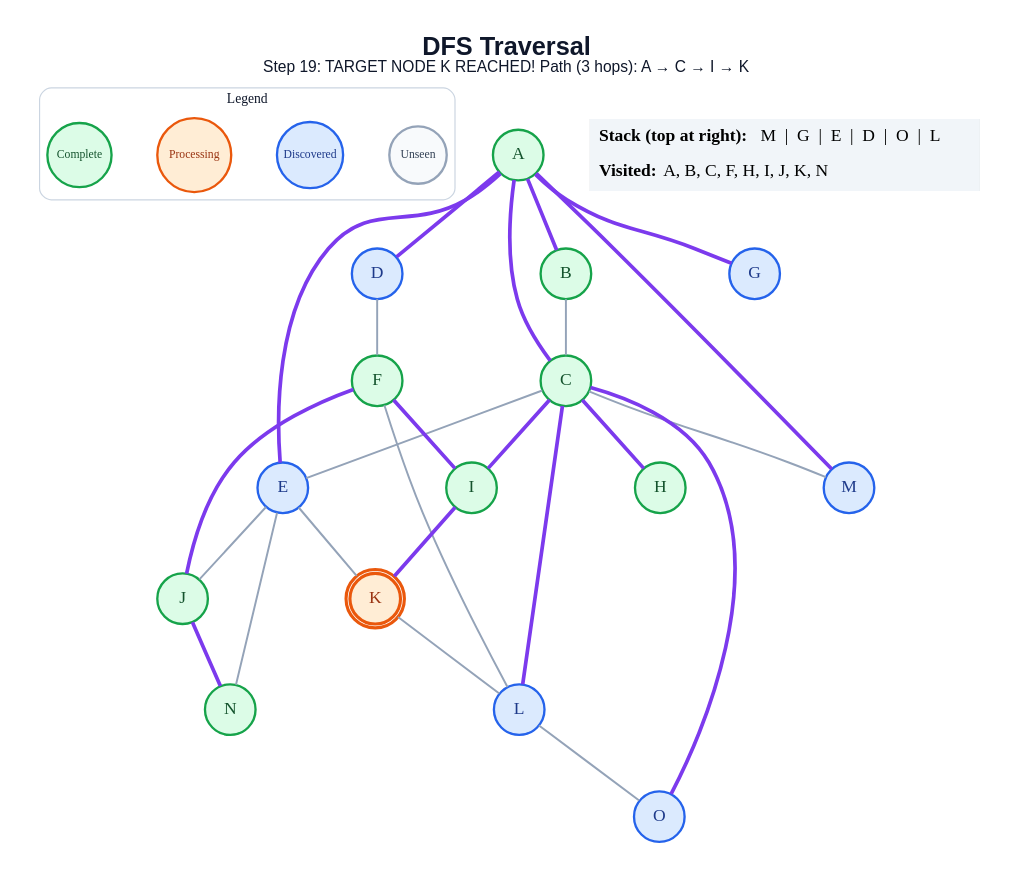
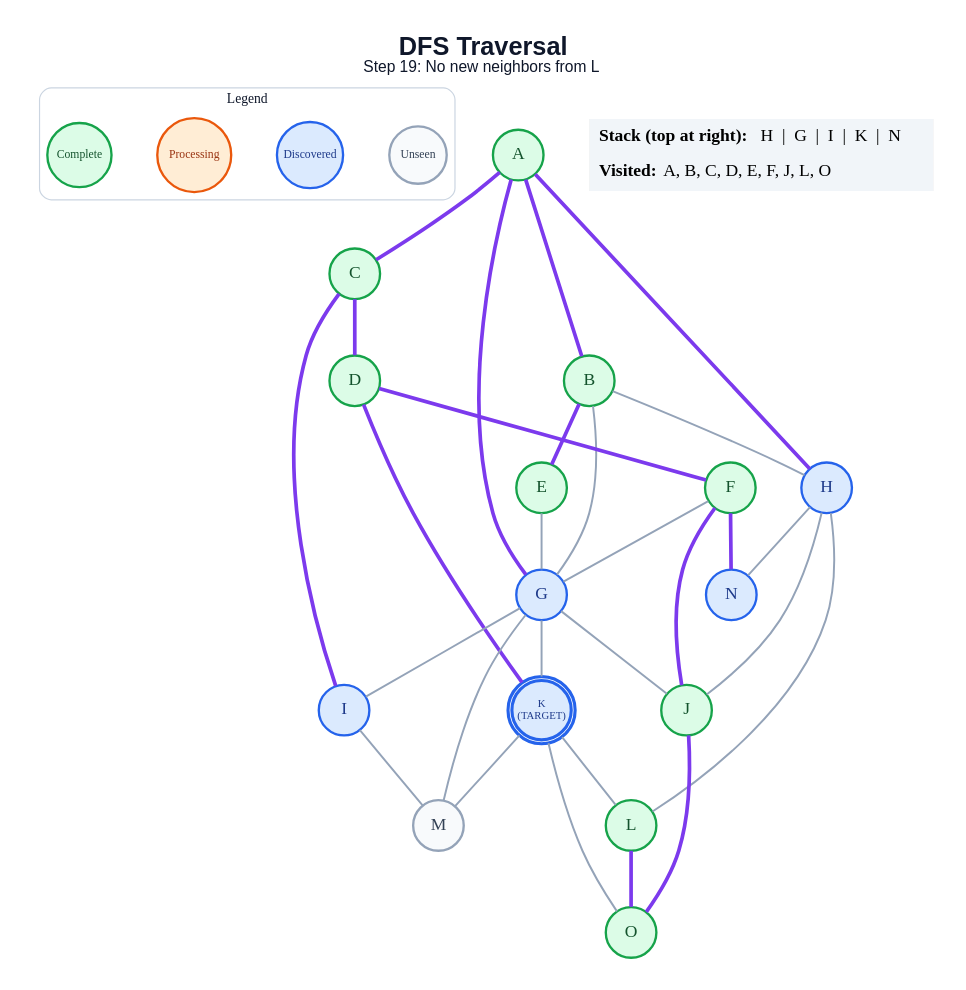
Before and after one commit to anon7238593-create/ai-slop: the diagram in generated/specific-node/dfs/step_19.dot, drawn with Graphviz. The commit also changed 273 other files, not shown here.

```diff
--- a/generated/specific-node/dfs/step_19.dot
+++ b/generated/specific-node/dfs/step_19.dot
@@ -1,58 +1,62 @@
 graph traversal {
   graph [layout=dot, rankdir=TB, bgcolor="#FFFFFF", pad="0.35", nodesep="0.65", ranksep="0.8", fontname="Arial"];
   node [shape=circle, style="filled", fontname="Arial Bold", fontsize=18, width=0.72, fixedsize=true, penwidth=2.4];
   edge [color="#94A3B8", penwidth=2.0];
-  label=<<B>DFS Traversal</B><BR/><FONT POINT-SIZE="16">Step 19: TARGET NODE K REACHED! Path (3 hops): A → C → I → K</FONT>>; labelloc="t"; fontsize=26; fontname="Arial"; fontcolor="#0F172A";
+  label=<<B>DFS Traversal</B><BR/><FONT POINT-SIZE="16">Step 19: No new neighbors from L</FONT>>; labelloc="t"; fontsize=26; fontname="Arial"; fontcolor="#0F172A";
   subgraph cluster_legend { label="Legend"; color="#CBD5E1"; penwidth=1.2; style="rounded"; fontsize=14; fontname="Arial Bold";
     key_unseen [label="Unseen", fillcolor="#F8FAFC", color="#94A3B8", fontcolor="#334155", fontsize=12, width=0.82];
     key_frontier [label="Discovered", fillcolor="#DBEAFE", color="#2563EB", fontcolor="#1E3A8A", fontsize=12, width=0.95];
     key_current [label="Processing", fillcolor="#FFEDD5", color="#EA580C", fontcolor="#9A3412", fontsize=12, width=1.05];
     key_done [label="Complete", fillcolor="#DCFCE7", color="#16A34A", fontcolor="#14532D", fontsize=12, width=0.92];
     { rank=same; key_unseen; key_frontier; key_current; key_done; }
   }
   A [label="A", fillcolor="#DCFCE7", color="#16A34A", fontcolor="#14532D", peripheries=1, penwidth=2.4];
   B [label="B", fillcolor="#DCFCE7", color="#16A34A", fontcolor="#14532D", peripheries=1, penwidth=2.4];
   C [label="C", fillcolor="#DCFCE7", color="#16A34A", fontcolor="#14532D", peripheries=1, penwidth=2.4];
-  D [label="D", fillcolor="#DBEAFE", color="#2563EB", fontcolor="#1E3A8A", peripheries=1, penwidth=2.4];
-  E [label="E", fillcolor="#DBEAFE", color="#2563EB", fontcolor="#1E3A8A", peripheries=1, penwidth=2.4];
+  D [label="D", fillcolor="#DCFCE7", color="#16A34A", fontcolor="#14532D", peripheries=1, penwidth=2.4];
+  E [label="E", fillcolor="#DCFCE7", color="#16A34A", fontcolor="#14532D", peripheries=1, penwidth=2.4];
   F [label="F", fillcolor="#DCFCE7", color="#16A34A", fontcolor="#14532D", peripheries=1, penwidth=2.4];
   G [label="G", fillcolor="#DBEAFE", color="#2563EB", fontcolor="#1E3A8A", peripheries=1, penwidth=2.4];
-  H [label="H", fillcolor="#DCFCE7", color="#16A34A", fontcolor="#14532D", peripheries=1, penwidth=2.4];
-  I [label="I", fillcolor="#DCFCE7", color="#16A34A", fontcolor="#14532D", peripheries=1, penwidth=2.4];
+  H [label="H", fillcolor="#DBEAFE", color="#2563EB", fontcolor="#1E3A8A", peripheries=1, penwidth=2.4];
+  I [label="I", fillcolor="#DBEAFE", color="#2563EB", fontcolor="#1E3A8A", peripheries=1, penwidth=2.4];
   J [label="J", fillcolor="#DCFCE7", color="#16A34A", fontcolor="#14532D", peripheries=1, penwidth=2.4];
-  K [label="K", fillcolor="#FFEDD5", color="#EA580C", fontcolor="#9A3412", peripheries=2, penwidth=3.2];
-  L [label="L", fillcolor="#DBEAFE", color="#2563EB", fontcolor="#1E3A8A", peripheries=1, penwidth=2.4];
-  M [label="M", fillcolor="#DBEAFE", color="#2563EB", fontcolor="#1E3A8A", peripheries=1, penwidth=2.4];
-  N [label="N", fillcolor="#DCFCE7", color="#16A34A", fontcolor="#14532D", peripheries=1, penwidth=2.4];
-  O [label="O", fillcolor="#DBEAFE", color="#2563EB", fontcolor="#1E3A8A", peripheries=1, penwidth=2.4];
+  K [label="K\n(TARGET)", fillcolor="#DBEAFE", color="#2563EB", fontcolor="#1E3A8A", peripheries=2, penwidth=3.2, fontsize=11, width=0.85, height=0.85];
+  L [label="L", fillcolor="#DCFCE7", color="#16A34A", fontcolor="#14532D", peripheries=1, penwidth=2.4];
+  M [label="M", fillcolor="#F8FAFC", color="#94A3B8", fontcolor="#334155", peripheries=1, penwidth=2.4];
+  N [label="N", fillcolor="#DBEAFE", color="#2563EB", fontcolor="#1E3A8A", peripheries=1, penwidth=2.4];
+  O [label="O", fillcolor="#DCFCE7", color="#16A34A", fontcolor="#14532D", peripheries=1, penwidth=2.4];
   A -- B [color="#7C3AED", penwidth=3.8];
   A -- C [color="#7C3AED", penwidth=3.8];
-  A -- D [color="#7C3AED", penwidth=3.8];
-  A -- E [color="#7C3AED", penwidth=3.8];
   A -- G [color="#7C3AED", penwidth=3.8];
-  A -- M [color="#7C3AED", penwidth=3.8];
-  B -- C;
-  C -- E;
-  C -- H [color="#7C3AED", penwidth=3.8];
+  A -- H [color="#7C3AED", penwidth=3.8];
+  B -- E [color="#7C3AED", penwidth=3.8];
+  B -- G;
+  B -- H;
+  C -- D [color="#7C3AED", penwidth=3.8];
   C -- I [color="#7C3AED", penwidth=3.8];
-  C -- L [color="#7C3AED", penwidth=3.8];
-  C -- M;
-  C -- O [color="#7C3AED", penwidth=3.8];
-  D -- F;
-  E -- J;
-  E -- K;
-  E -- N;
-  F -- I [color="#7C3AED", penwidth=3.8];
+  D -- F [color="#7C3AED", penwidth=3.8];
+  D -- K [color="#7C3AED", penwidth=3.8];
+  E -- G;
+  F -- G;
   F -- J [color="#7C3AED", penwidth=3.8];
-  F -- L;
-  I -- K [color="#7C3AED", penwidth=3.8];
-  J -- N [color="#7C3AED", penwidth=3.8];
+  F -- N [color="#7C3AED", penwidth=3.8];
+  G -- I;
+  G -- J;
+  G -- K;
+  G -- M;
+  H -- J;
+  H -- L;
+  H -- N;
+  I -- M;
+  J -- O [color="#7C3AED", penwidth=3.8];
   K -- L;
-  L -- O;
+  K -- M;
+  K -- O;
+  L -- O [color="#7C3AED", penwidth=3.8];
   status [shape=plain, fixedsize=false, width=0, height=0, margin=0, label=<
     <TABLE BORDER="0" CELLBORDER="0" CELLPADDING="7" BGCOLOR="#F1F5F9">
-      <TR><TD ALIGN="LEFT"><B>Stack (top at right):</B> M  |  G  |  E  |  D  |  O  |  L</TD></TR>
-      <TR><TD ALIGN="LEFT"><B>Visited:</B> A, B, C, F, H, I, J, K, N</TD></TR>
+      <TR><TD ALIGN="LEFT"><B>Stack (top at right):</B> H  |  G  |  I  |  K  |  N</TD></TR>
+      <TR><TD ALIGN="LEFT"><B>Visited:</B> A, B, C, D, E, F, J, L, O</TD></TR>
     </TABLE>
   >];
 }
```
